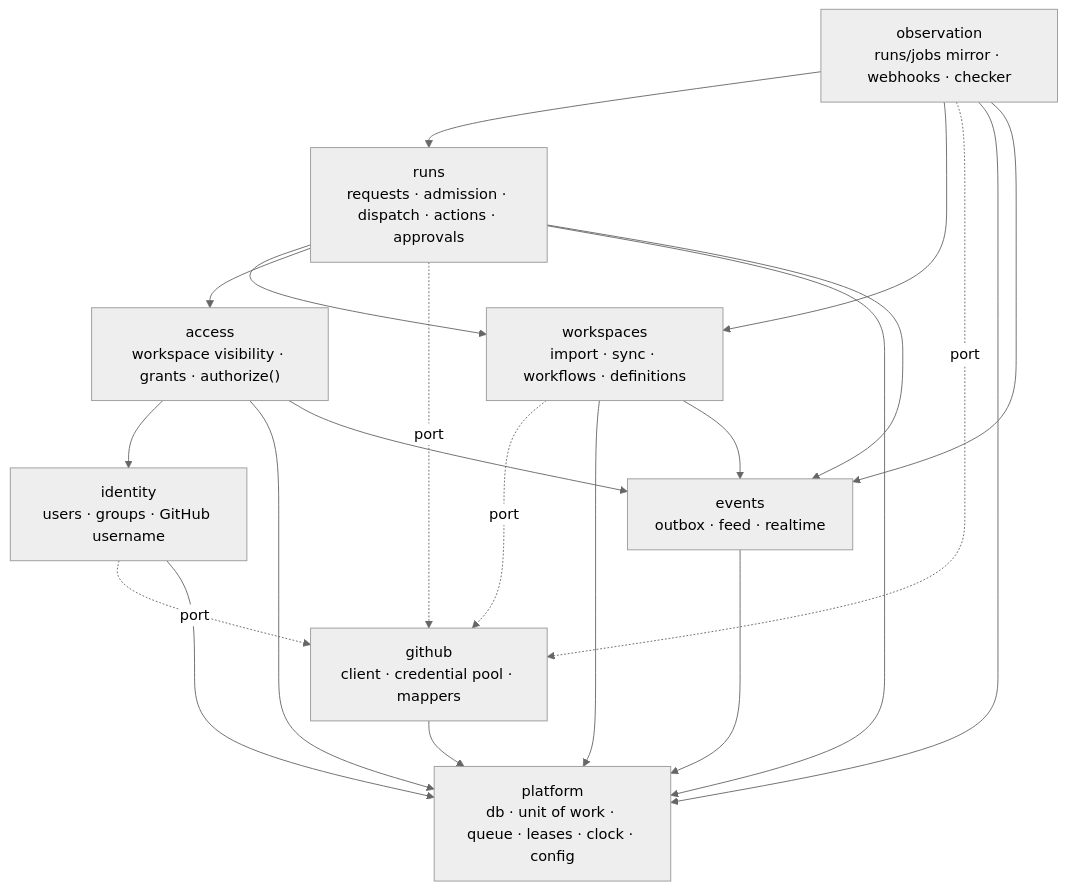
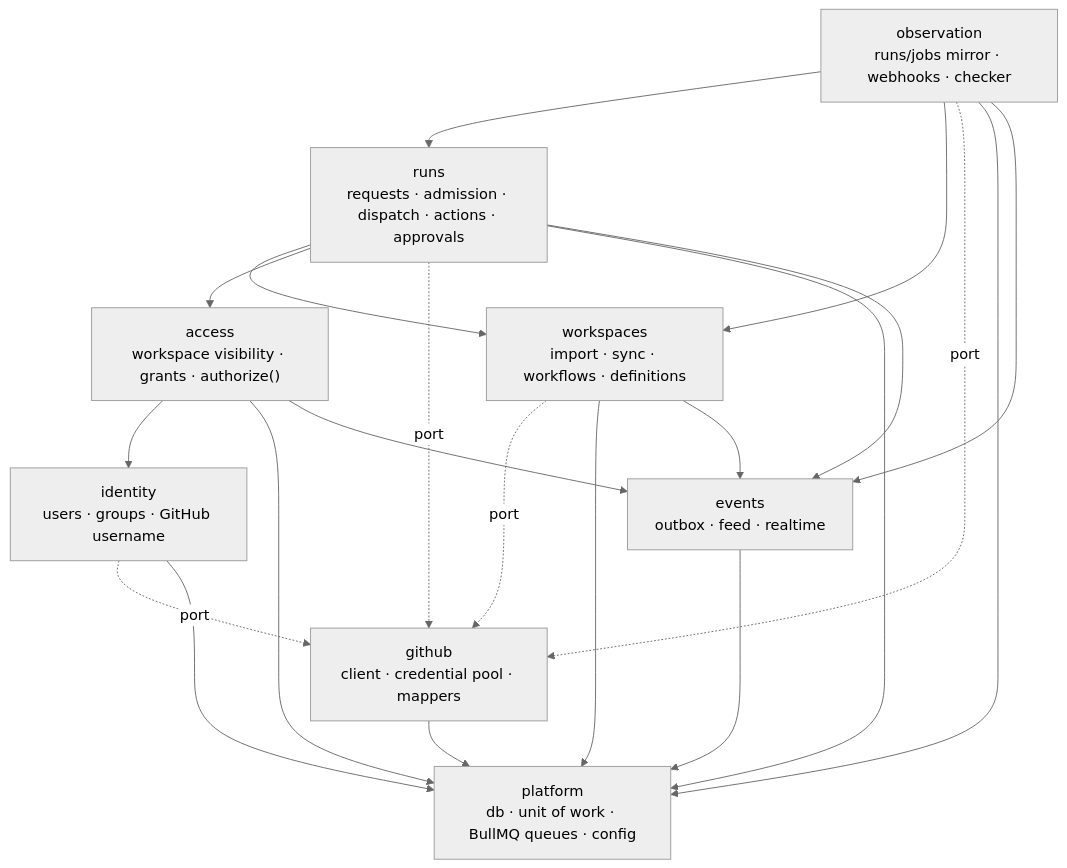
One commit to null-pointers-dev/actioncontroller changed the second of 4 diagrams in docs/design/01-system-architecture.md. Above: the diagram before and after it, drawn with Mermaid (neutral theme). The commit also changed other lines of this file and 30 other files, not shown here.

````diff
--- a/docs/design/01-system-architecture.md
+++ b/docs/design/01-system-architecture.md
@@ -83,32 +83,32 @@
 ```mermaid
 flowchart TB
     ID["identity<br/>users · groups · GitHub username"]
     AC["access<br/>workspace visibility · grants · authorize()"]
     WS["workspaces<br/>import · sync · workflows · definitions"]
     RUN["runs<br/>requests · admission · dispatch · actions · approvals"]
     OBS["observation<br/>runs/jobs mirror · webhooks · checker"]
     EVT["events<br/>outbox · feed · realtime"]
     GHC["github<br/>client · credential pool · mappers"]
-    PLT["platform<br/>db · unit of work · queue · leases · clock · config"]
+    PLT["platform<br/>db · unit of work · BullMQ queues · config"]
 
     RUN --> WS
     RUN --> AC
     OBS --> RUN
     OBS --> WS
     AC --> ID
     WS -. port .-> GHC
     RUN -. port .-> GHC
     OBS -. port .-> GHC
     ID -. port .-> GHC
     ID --> PLT
     AC --> PLT
     WS --> PLT
     RUN --> PLT
     OBS --> PLT
     EVT --> PLT
     GHC --> PLT
     RUN --> EVT
     OBS --> EVT
     WS --> EVT
     AC --> EVT
 ```
````
